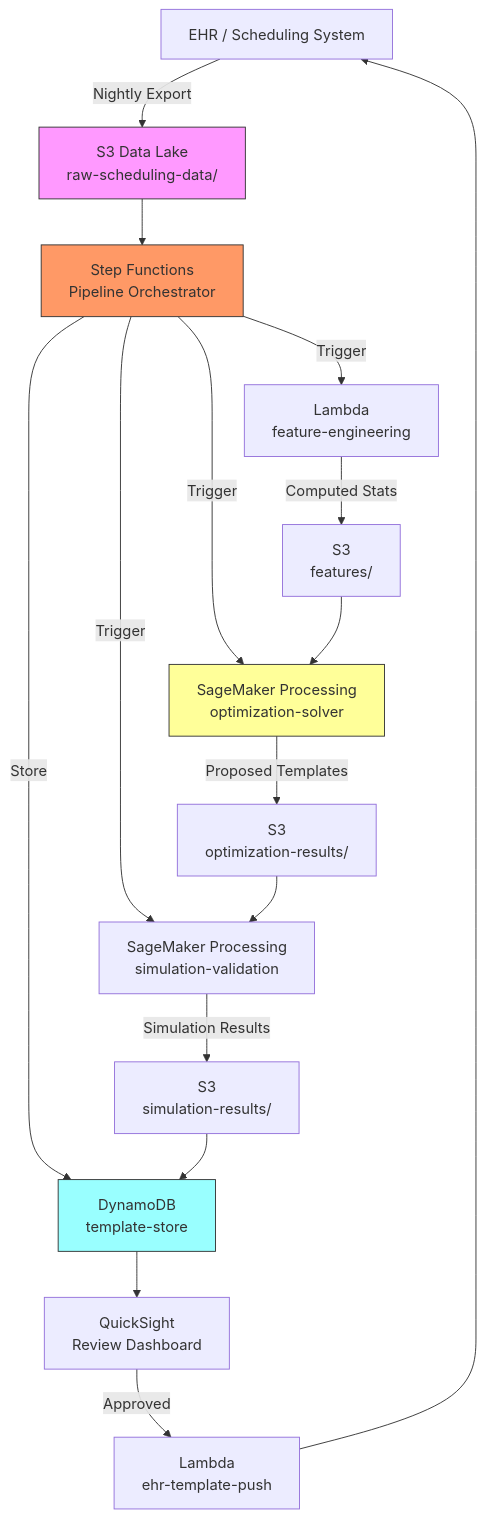
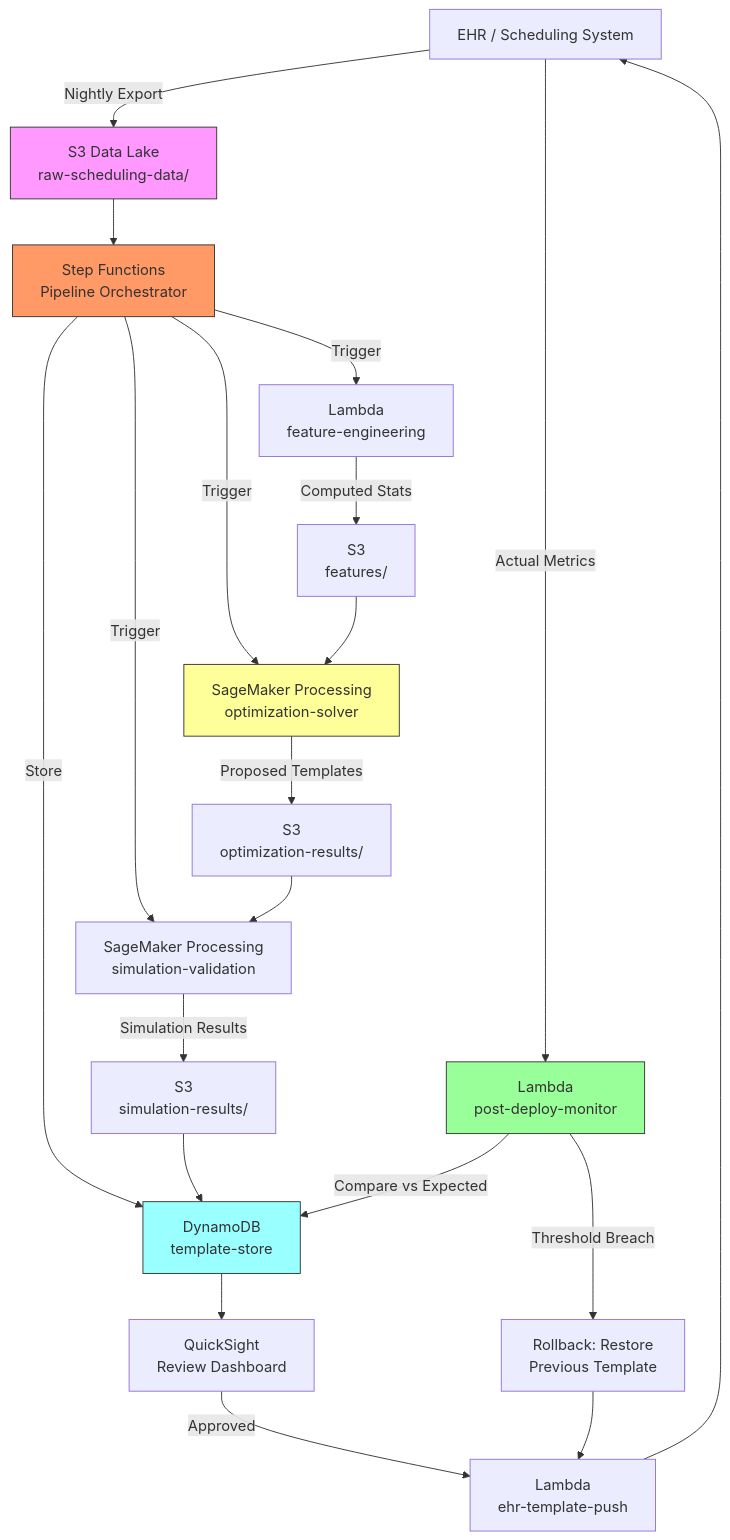
The diagram in chapter14.01-architecture.md (ccrngd1/HCLS-ai-book), drawn with Mermaid before and after one commit. The commit also changed other lines of this file and 3 other files, not shown here.

````diff
--- a/chapter14.01-architecture.md
+++ b/chapter14.01-architecture.md
@@ -23,23 +23,28 @@
 ```mermaid
 flowchart TD
     A[EHR / Scheduling System] -->|Nightly Export| B[S3 Data Lake\nraw-scheduling-data/]
     B --> SF[Step Functions\nPipeline Orchestrator]
     SF -->|Trigger| C[Lambda\nfeature-engineering]
     C -->|Computed Stats| D[S3\nfeatures/]
     SF -->|Trigger| E[SageMaker Processing\noptimization-solver]
     D --> E
     E -->|Proposed Templates| F[S3\noptimization-results/]
     SF -->|Trigger| G[SageMaker Processing\nsimulation-validation]
     F --> G
     G -->|Simulation Results| H[S3\nsimulation-results/]
     SF -->|Store| I[DynamoDB\ntemplate-store]
     H --> I
     I --> J[QuickSight\nReview Dashboard]
     J -->|Approved| K[Lambda\nehr-template-push]
     K --> A
+    A -->|Actual Metrics| L[Lambda\npost-deploy-monitor]
+    L -->|Compare vs Expected| I
+    L -->|Threshold Breach| M[Rollback: Restore\nPrevious Template]
+    M --> K
 
     style B fill:#f9f,stroke:#333
     style E fill:#ff9,stroke:#333
     style I fill:#9ff,stroke:#333
     style SF fill:#f96,stroke:#333
+    style L fill:#9f9,stroke:#333
 ```
````
